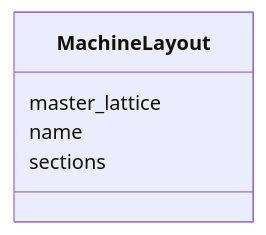
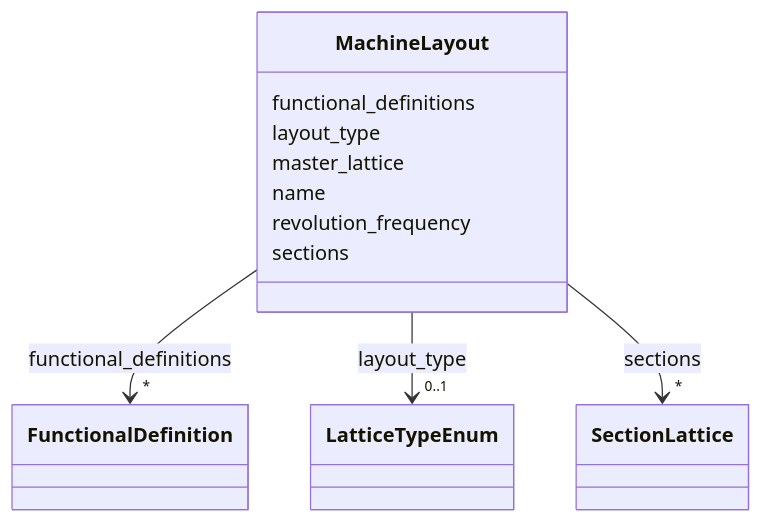
Before and after one commit to astec-stfc/laura: the diagram in docs/source/schema/MachineLayout.md, drawn with Mermaid. The commit also changed other lines of this file and 108 other files, not shown here.

````diff
--- a/docs/source/schema/MachineLayout.md
+++ b/docs/source/schema/MachineLayout.md
@@ -18,12 +18,45 @@
 ```mermaid
  classDiagram
     class MachineLayout
     click MachineLayout href "../MachineLayout/"
+      MachineLayout : functional_definitions
+        
+          
+    
+        
+        
+        MachineLayout --> "*" FunctionalDefinition : functional_definitions
+        click FunctionalDefinition href "../FunctionalDefinition/"
+    
+
+        
+      MachineLayout : layout_type
+        
+          
+    
+        
+        
+        MachineLayout --> "0..1" LatticeTypeEnum : layout_type
+        click LatticeTypeEnum href "../LatticeTypeEnum/"
+    
+
+        
       MachineLayout : master_lattice
         
       MachineLayout : name
         
+      MachineLayout : revolution_frequency
+        
       MachineLayout : sections
+        
+          
+    
+        
+        
+        MachineLayout --> "*" SectionLattice : sections
+        click SectionLattice href "../SectionLattice/"
+    
+
         
       
 ```
````
